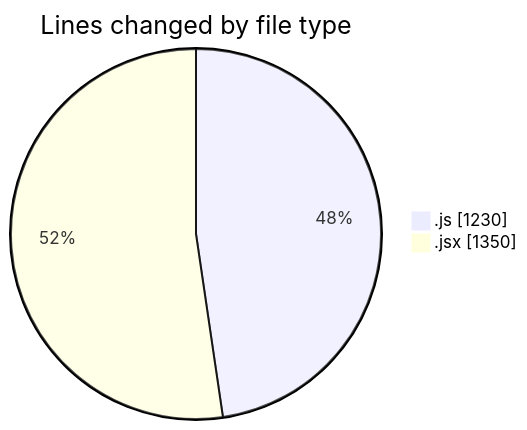
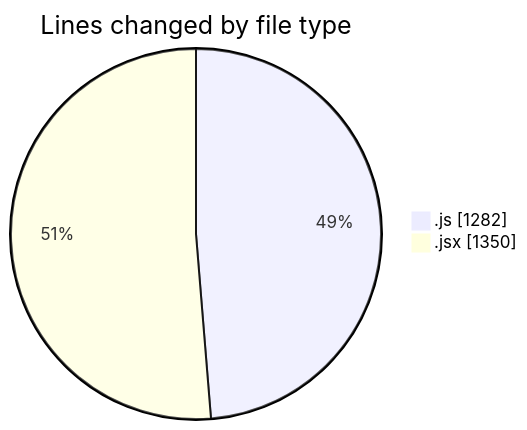
One commit to nxtqubesakshisongat/code-tracking changed the first of 2 diagrams in 2025-09-19/nxtqube_webapp/README.md. Above: the diagram before and after it, drawn with Mermaid. The commit also changed other lines of this file and 1 other file, not shown here.

````diff
--- a/2025-09-19/nxtqube_webapp/README.md
+++ b/2025-09-19/nxtqube_webapp/README.md
@@ -23,6 +23,6 @@
 ```mermaid
 pie showData
 title Lines changed by file type
-".js" : 1230
+".js" : 1282
 ".jsx" : 1350
 ```
````
